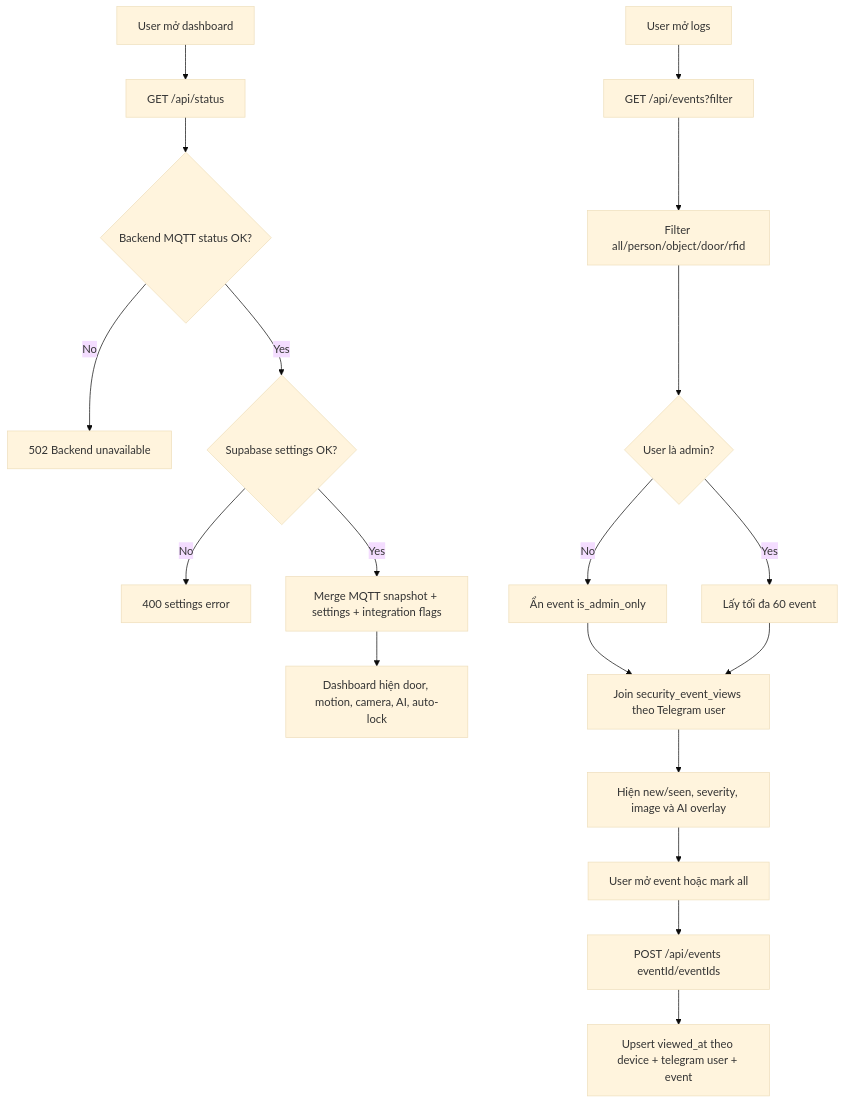
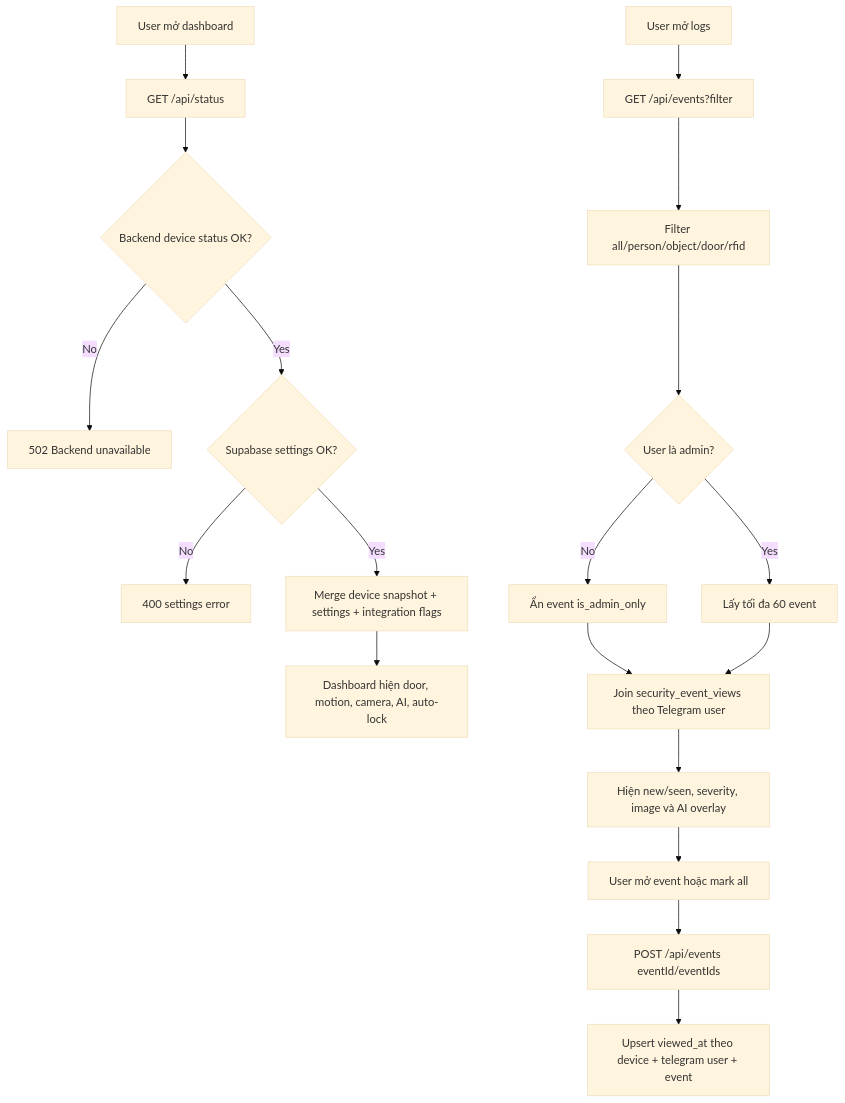
Before and after one commit to ntntran09/EdgeGuard: diagram 13 of 17 in docs/EDGEGUARD_FLOWS.md, drawn with Mermaid (base theme). The commit also changed other lines of this file, not shown here.

Commit message:
docs: update EdgeGuard HTTP flows

````diff
--- a/docs/EDGEGUARD_FLOWS.md
+++ b/docs/EDGEGUARD_FLOWS.md
@@ -530,22 +589,22 @@
 ```mermaid
 flowchart TD
     A[User mở dashboard] --> B[GET /api/status]
-    B --> C{Backend MQTT status OK?}
+    B --> C{Backend device status OK?}
     C -- No --> D[502 Backend unavailable]
     C -- Yes --> E{Supabase settings OK?}
     E -- No --> F[400 settings error]
-    E -- Yes --> G[Merge MQTT snapshot + settings + integration flags]
+    E -- Yes --> G[Merge device snapshot + settings + integration flags]
     G --> H[Dashboard hiện door, motion, camera, AI, auto-lock]
 
     I[User mở logs] --> J[GET /api/events?filter]
     J --> K[Filter all/person/object/door/rfid]
     K --> L{User là admin?}
     L -- No --> M[Ẩn event is_admin_only]
     L -- Yes --> N[Lấy tối đa 60 event]
     M --> O[Join security_event_views theo Telegram user]
     N --> O
     O --> P[Hiện new/seen, severity, image và AI overlay]
     P --> Q[User mở event hoặc mark all]
     Q --> R[POST /api/events eventId/eventIds]
     R --> S[Upsert viewed_at theo device + telegram user + event]
 ```
````
